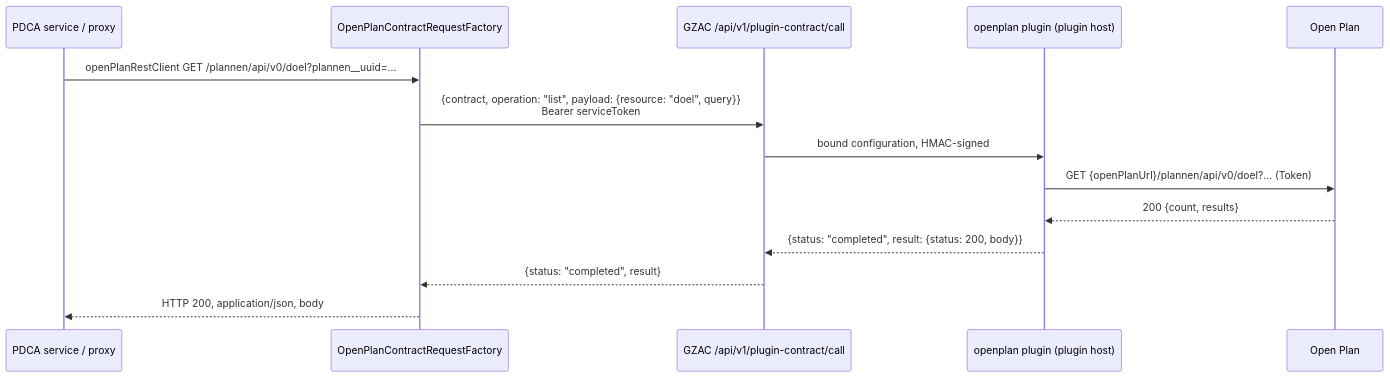
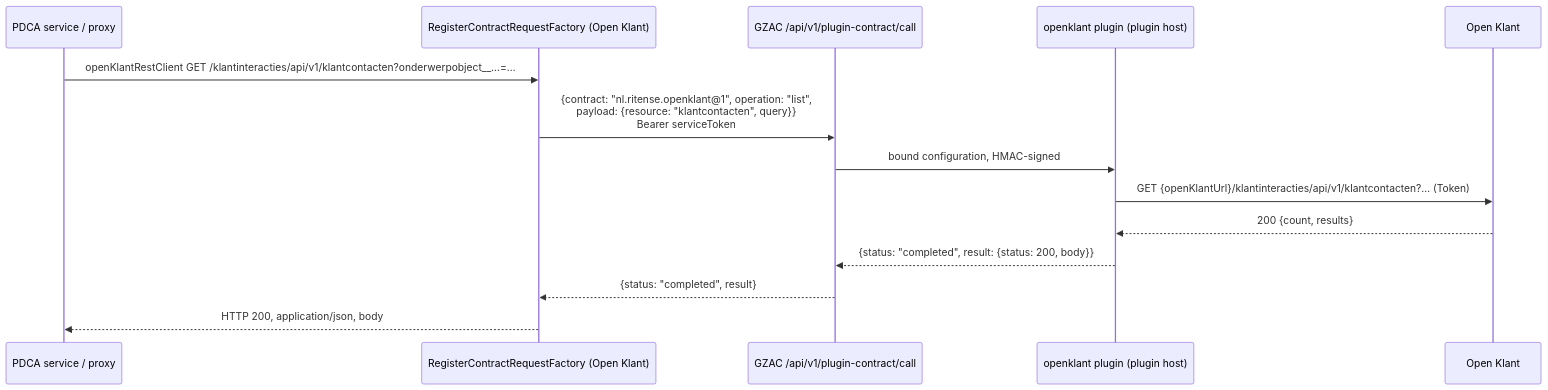
One commit to ritense/pdca-service changed the second of 2 diagrams in ARCHITECTURE.md. Above: the diagram before and after it, drawn with Mermaid. The commit also changed other lines of this file and 47 other files, not shown here.

````diff
--- a/ARCHITECTURE.md
+++ b/ARCHITECTURE.md
@@ -533,17 +548,17 @@
 ```mermaid
 sequenceDiagram
     participant S as PDCA service / proxy
-    participant F as OpenPlanContractRequestFactory
+    participant F as RegisterContractRequestFactory (Open Klant)
     participant G as GZAC /api/v1/plugin-contract/call
-    participant P as openplan plugin (plugin host)
-    participant O as Open Plan
+    participant P as openklant plugin (plugin host)
+    participant O as Open Klant
 
-    S->>F: openPlanRestClient GET /plannen/api/v0/doel?plannen__uuid=…
-    F->>G: {contract, operation: "list", payload: {resource: "doel", query}}<br/>Bearer serviceToken
+    S->>F: openKlantRestClient GET /klantinteracties/api/v1/klantcontacten?onderwerpobject__…=…
+    F->>G: {contract: "nl.ritense.openklant@1", operation: "list",<br/>payload: {resource: "klantcontacten", query}}<br/>Bearer serviceToken
     G->>P: bound configuration, HMAC-signed
-    P->>O: GET {openPlanUrl}/plannen/api/v0/doel?… (Token)
+    P->>O: GET {openKlantUrl}/klantinteracties/api/v1/klantcontacten?… (Token)
     O-->>P: 200 {count, results}
     P-->>G: {status: "completed", result: {status: 200, body}}
     G-->>F: {status: "completed", result}
     F-->>S: HTTP 200, application/json, body
 ```
````
